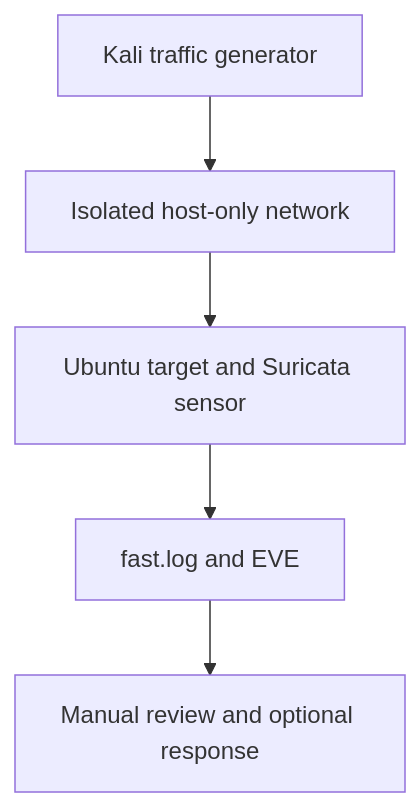
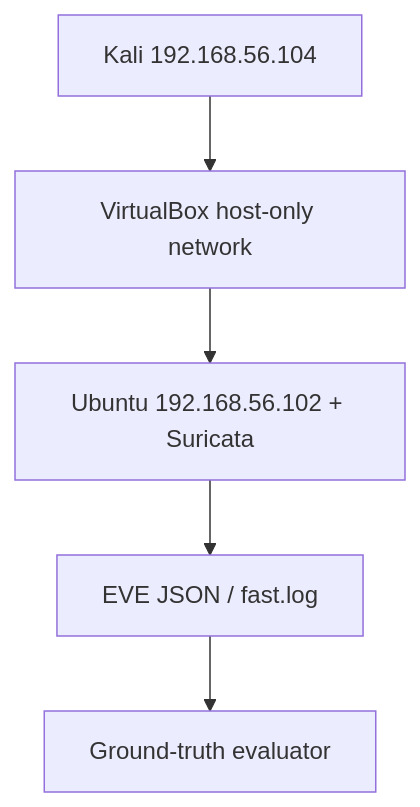
One commit to mdalamin-infosec/Security-Labs changed the diagram in network-intrusion-detection-suricata/README.md. Above: the diagram before and after it, drawn with Mermaid. The commit also changed other lines of this file and 35 other files, not shown here.

Commit message:
docs: strengthen validation, architecture and security engineering guidance

````diff
--- a/network-intrusion-detection-suricata/README.md
+++ b/network-intrusion-detection-suricata/README.md
@@ -9,7 +9,7 @@
 ```mermaid
 flowchart TD
-  A["Kali traffic generator"] --> B["Isolated host-only network"]
-  B --> C["Ubuntu target and Suricata sensor"]
-  C --> D["fast.log and EVE"]
-  D --> E["Manual review and optional response"]
+  A["Kali 192.168.56.104"] --> B["VirtualBox host-only network"]
+  B --> C["Ubuntu 192.168.56.102 + Suricata"]
+  C --> D["EVE JSON / fast.log"]
+  D --> E["Ground-truth evaluator"]
 ```
````
